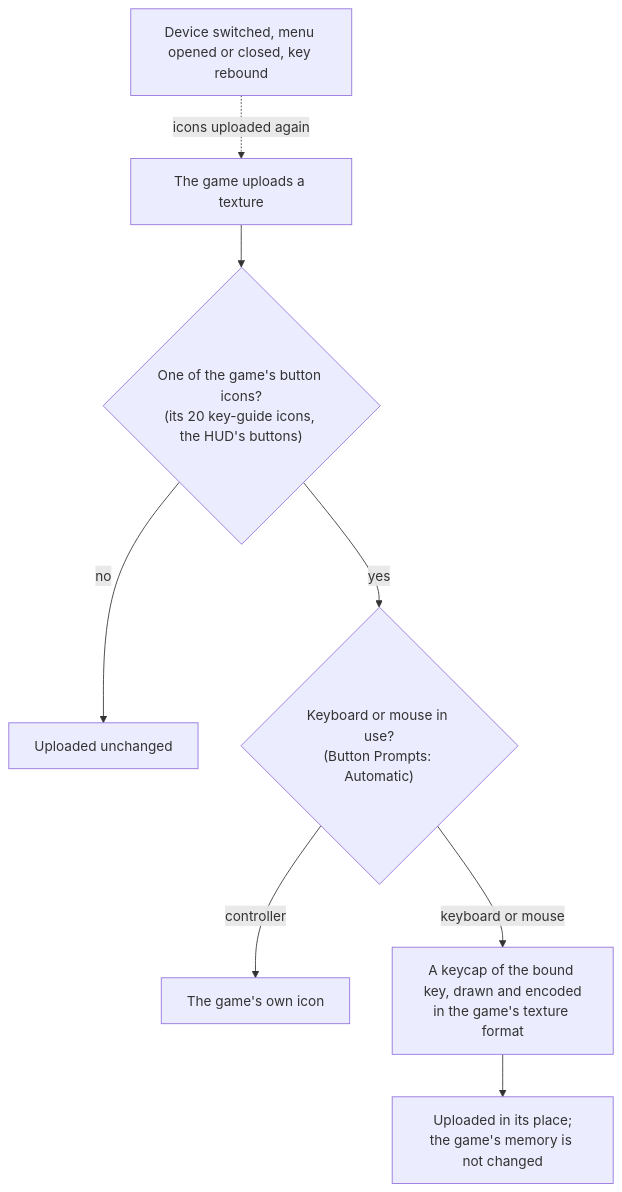
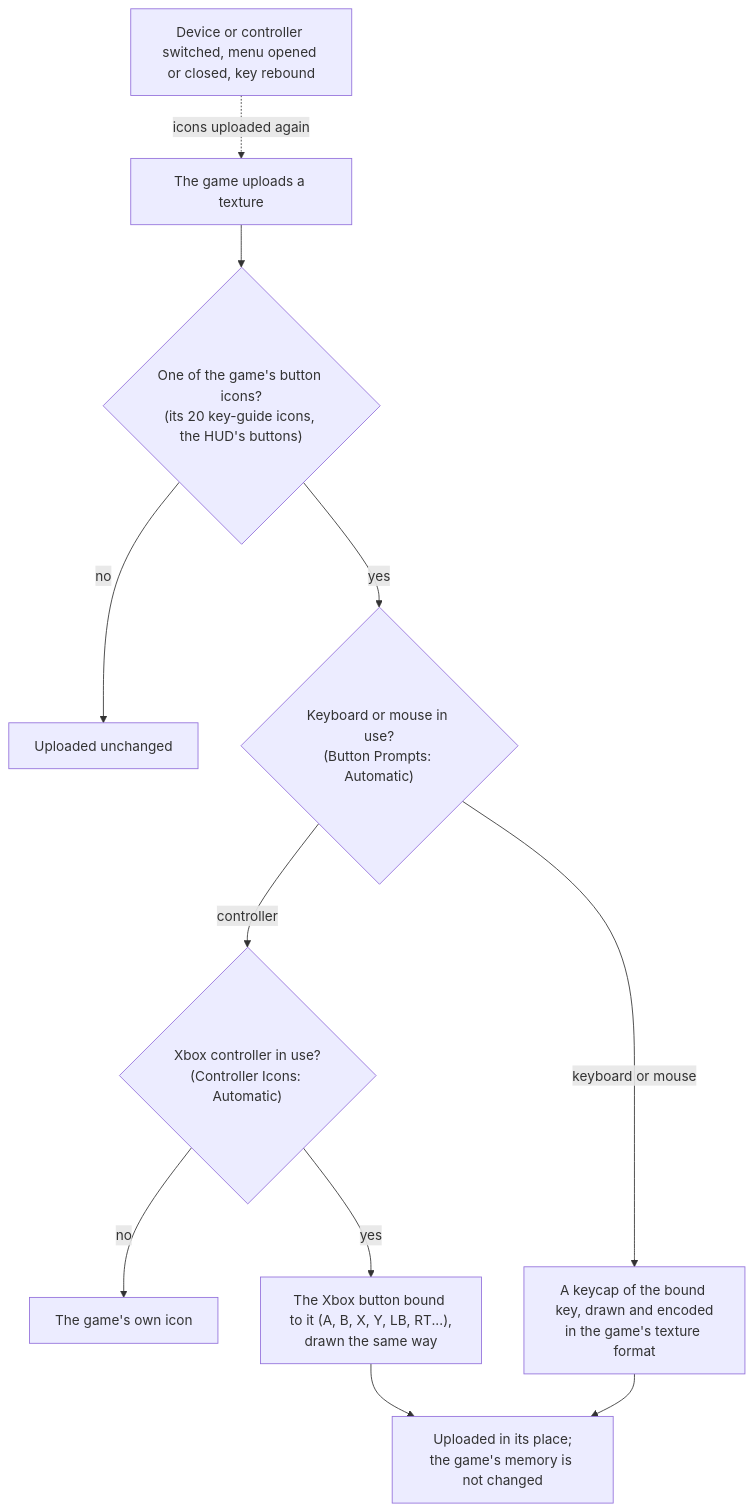
One commit to 123456qewret/LanternEngine changed the third of 3 diagrams in README.md. Above: the diagram before and after it, drawn with Mermaid. The commit also changed other lines of this file and 8 other files, not shown here.

Commit message:
0.9.16: Xbox controller icons, 120/144 FPS on the 90 FPS patch (Amelia intro freeze), larger render pools, 1.09 third-party patches

````diff
--- a/README.md
+++ b/README.md
@@ -135,10 +137,13 @@
 ```mermaid
 flowchart TD
     T["The game uploads a texture"] --> I{"One of the game's button icons?<br/>(its 20 key-guide icons, the HUD's buttons)"}
     I -->|"no"| N["Uploaded unchanged"]
     I -->|"yes"| D{"Keyboard or mouse in use?<br/>(Button Prompts: Automatic)"}
-    D -->|"controller"| O["The game's own icon"]
+    D -->|"controller"| X{"Xbox controller in use?<br/>(Controller Icons: Automatic)"}
+    X -->|"no"| O["The game's own icon"]
+    X -->|"yes"| P["The Xbox button bound to it (A, B, X, Y, LB, RT...),<br/>drawn the same way"]
+    P --> U
     D -->|"keyboard or mouse"| K["A keycap of the bound key, drawn and encoded<br/>in the game's texture format"]
     K --> U["Uploaded in its place;<br/>the game's memory is not changed"]
-    S["Device switched, menu opened or closed, key rebound"] -.->|"icons uploaded again"| T
+    S["Device or controller switched, menu opened or closed, key rebound"] -.->|"icons uploaded again"| T
 ```
````
